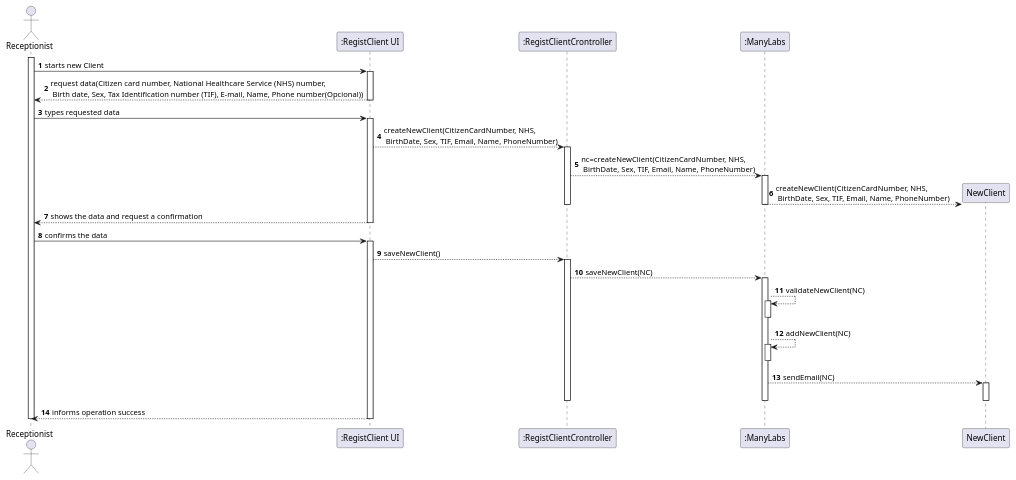
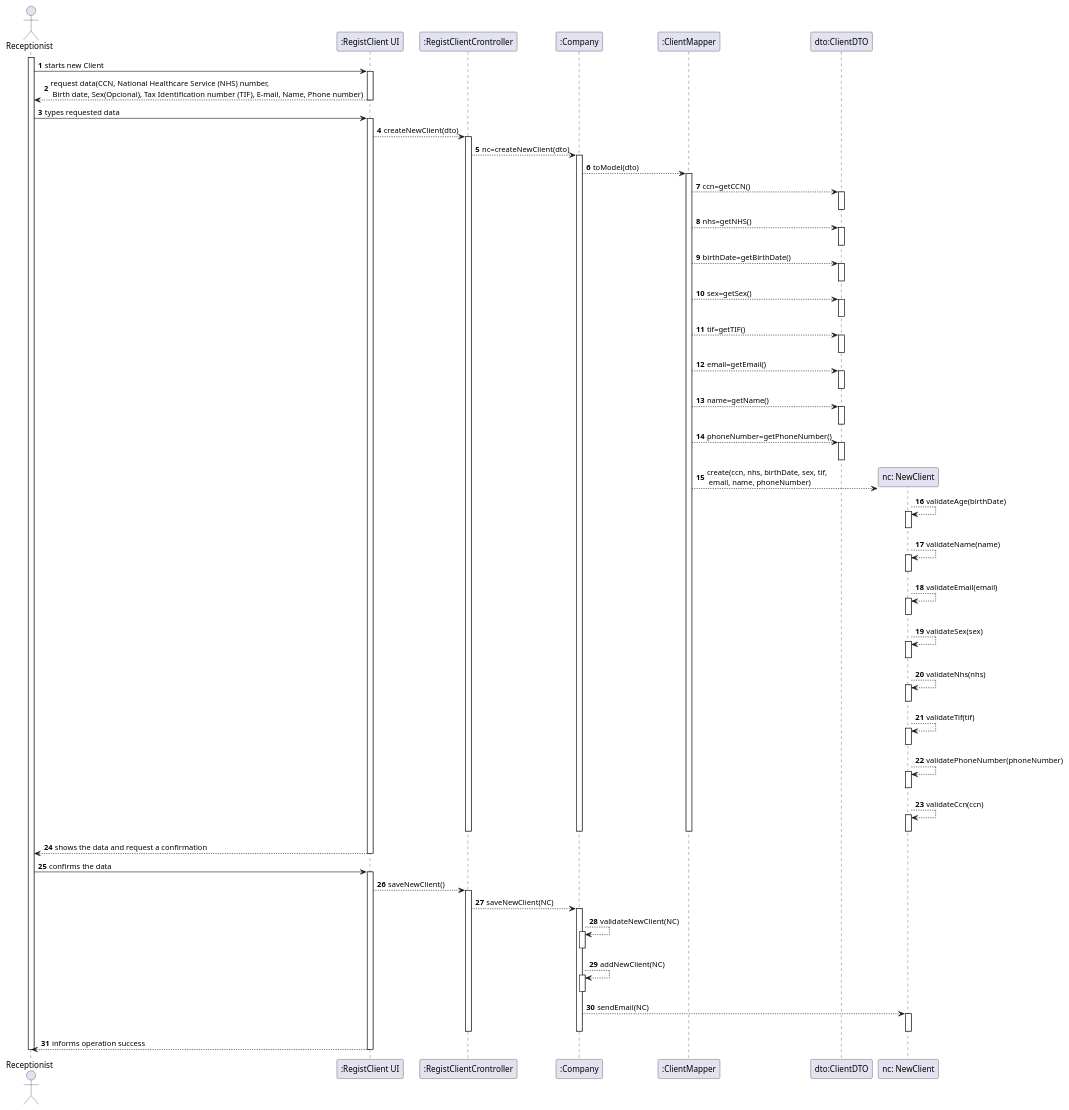
The diagram in docs/SprintB/US3_RegisterClient/US003_SD.puml (Pedromaia26/LAPR2-ISEP), drawn with PlantUML before and after one commit.

Commit message:
US003_SD.puml edited online with Bitbucket

```diff
--- a/docs/SprintB/US3_RegisterClient/US003_SD.puml
+++ b/docs/SprintB/US3_RegisterClient/US003_SD.puml
@@ -1,53 +1,112 @@
 @startuml
 actor Receptionist as Adm
 participant ":RegistClient UI" as System
 participant ":RegistClientCrontroller" as RCC
-participant ":ManyLabs" as ML
-
+participant ":Company" as ML
+participant ":ClientMapper" as cm
+participant "dto:ClientDTO" as cdto
 
 
 autonumber
 activate Adm
 Adm -> System: starts new Client
 activate System
-System --> Adm: request data(Citizen card number, National Healthcare Service (NHS) number,\n Birth date, Sex, Tax Identification number (TIF), E-mail, Name, Phone number(Opcional))
+System --> Adm: request data(CCN, National Healthcare Service (NHS) number,\n Birth date, Sex(Opcional), Tax Identification number (TIF), E-mail, Name, Phone number)
 deactivate System
 
 
 
 
 Adm -> System: types requested data
 activate System
-System-->RCC: createNewClient(CitizenCardNumber, NHS,\n BirthDate, Sex, TIF, Email, Name, PhoneNumber)
+System-->RCC: createNewClient(dto)
 activate RCC
-RCC-->ML: nc=createNewClient(CitizenCardNumber, NHS,\n BirthDate, Sex, TIF, Email, Name, PhoneNumber)
+RCC-->ML: nc=createNewClient(dto)
 activate ML
-create "NewClient" as NC
-ML-->NC: createNewClient(CitizenCardNumber, NHS,\n BirthDate, Sex, TIF, Email, Name, PhoneNumber) 
+
+
+ML-->cm: toModel(dto)
+activate cm
+cm-->cdto: ccn=getCCN()
+activate cdto
+deactivate cdto
+cm-->cdto: nhs=getNHS()
+activate cdto
+deactivate cdto
+cm-->cdto: birthDate=getBirthDate()
+activate cdto
+deactivate cdto
+cm-->cdto: sex=getSex()
+activate cdto
+deactivate cdto
+cm-->cdto: tif=getTIF()
+activate cdto
+deactivate cdto
+cm-->cdto: email=getEmail()
+activate cdto
+deactivate cdto
+cm-->cdto: name=getName()
+activate cdto
+deactivate cdto
+cm-->cdto: phoneNumber=getPhoneNumber()
+activate cdto
+deactivate cdto
+
+
+create "nc: NewClient" as NC
+cm-->NC:  create(ccn, nhs, birthDate, sex, tif,\n email, name, phoneNumber)
+NC-->NC: validateAge(birthDate)
+activate NC
+deactivate NC
+NC-->NC: validateName(name)
+activate NC
+deactivate NC
+NC-->NC: validateEmail(email)
+activate NC
+deactivate NC
+NC-->NC: validateSex(sex)
+activate NC
+deactivate NC
+NC-->NC: validateNhs(nhs)
+activate NC
+deactivate NC
+NC-->NC: validateTif(tif)
+activate NC
+deactivate NC
+NC-->NC: validatePhoneNumber(phoneNumber)
+activate NC
+deactivate NC
+NC-->NC: validateCcn(ccn)
+activate NC
+deactivate NC
+
+
+
 deactivate ML
 deactivate RCC
+deactivate cm
 System --> Adm: shows the data and request a confirmation
 deactivate System
 
 
 Adm -> System: confirms the data
 activate System
 System-->RCC: saveNewClient()
 activate RCC
 RCC-->ML:saveNewClient(NC)
 activate ML
 ML-->ML:validateNewClient(NC)
 activate ML
 deactivate ML
 ML-->ML:addNewClient(NC)
 activate ML
 deactivate ML
 ML-->NC:sendEmail(NC)
 activate NC
 deactivate NC
 deactivate ML
 deactivate RCC
 System --> Adm: informs operation success
 deactivate System
 deactivate Adm
 @enduml
```
